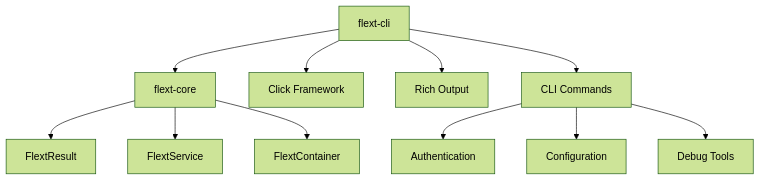
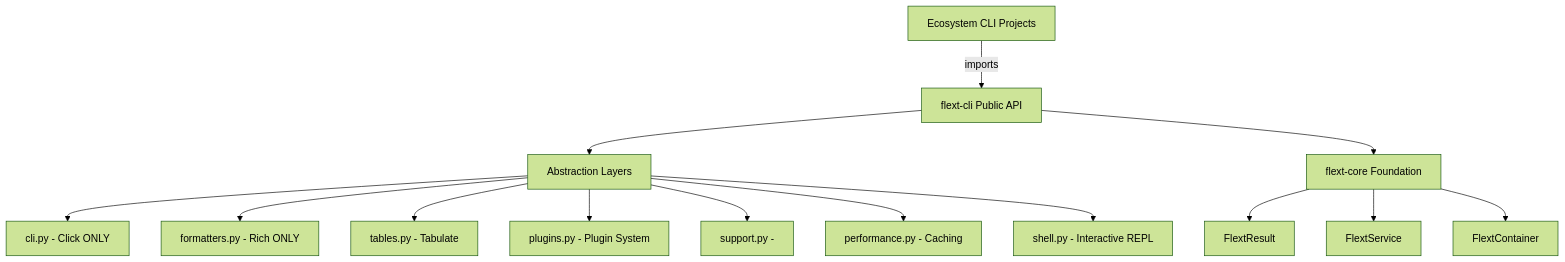
Before and after one commit to flext-sh/flext-cli: the diagram in README.md, drawn with Mermaid (forest theme). The commit also changed other lines of this file and 88 other files, not shown here.

````diff
--- a/README.md
+++ b/README.md
@@ -47,15 +81,17 @@
 ```mermaid
 graph TB
-    A[flext-cli] --> B[flext-core]
-    A --> C[Click Framework]
-    A --> D[Rich Output]
-    A --> E[CLI Commands]
+    A[Ecosystem CLI Projects] -->|imports| B[flext-cli Public API]
+    B --> C[Abstraction Layers]
+    C --> D[cli.py - Click ONLY]
+    C --> E[formatters.py - Rich ONLY]
+    C --> F[tables.py - Tabulate]
+    C --> G[plugins.py - Plugin System]
+    C --> H[support.py - ]
+    C --> I[performance.py - Caching]
+    C --> J[shell.py - Interactive REPL]
 
-    E --> F[Authentication]
-    E --> G[Configuration]
-    E --> H[Debug Tools]
-
-    B --> I[FlextResult]
-    B --> J[FlextService]
-    B --> K[FlextContainer]
+    B --> K[flext-core Foundation]
+    K --> L[FlextResult]
+    K --> M[FlextService]
+    K --> N[FlextContainer]
 ```
````
